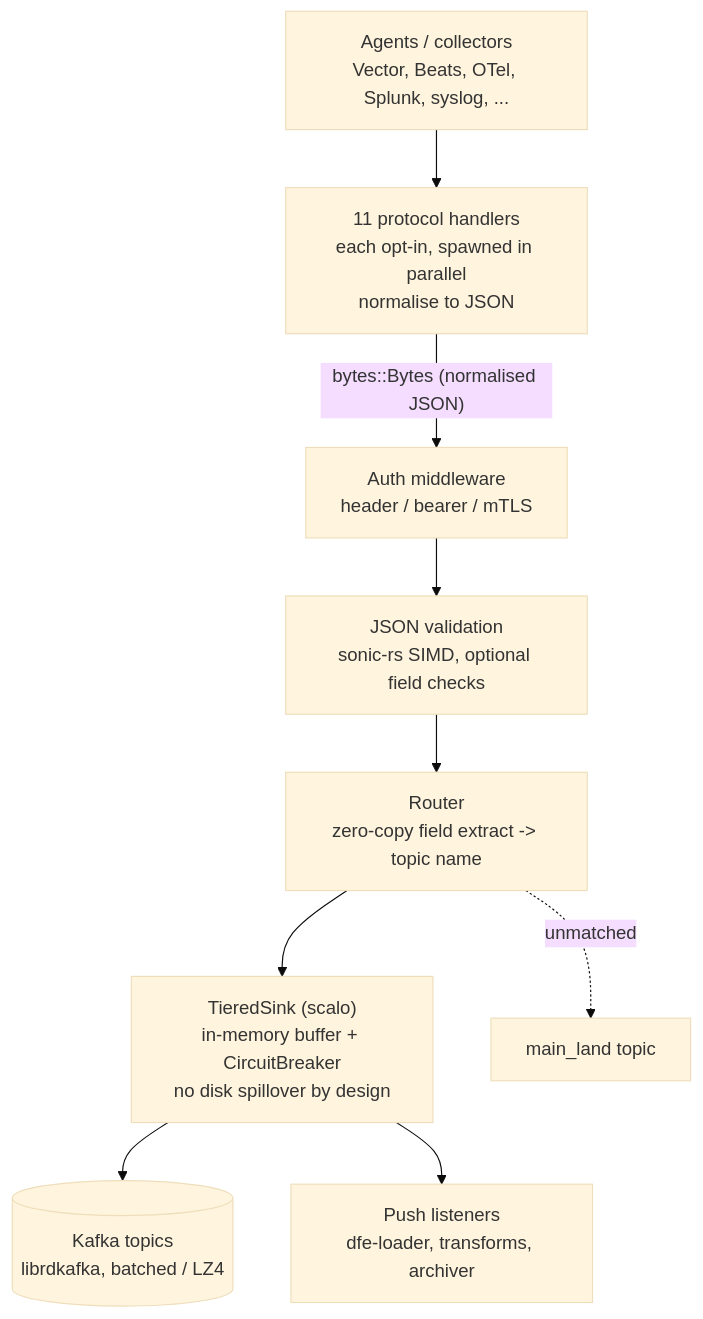
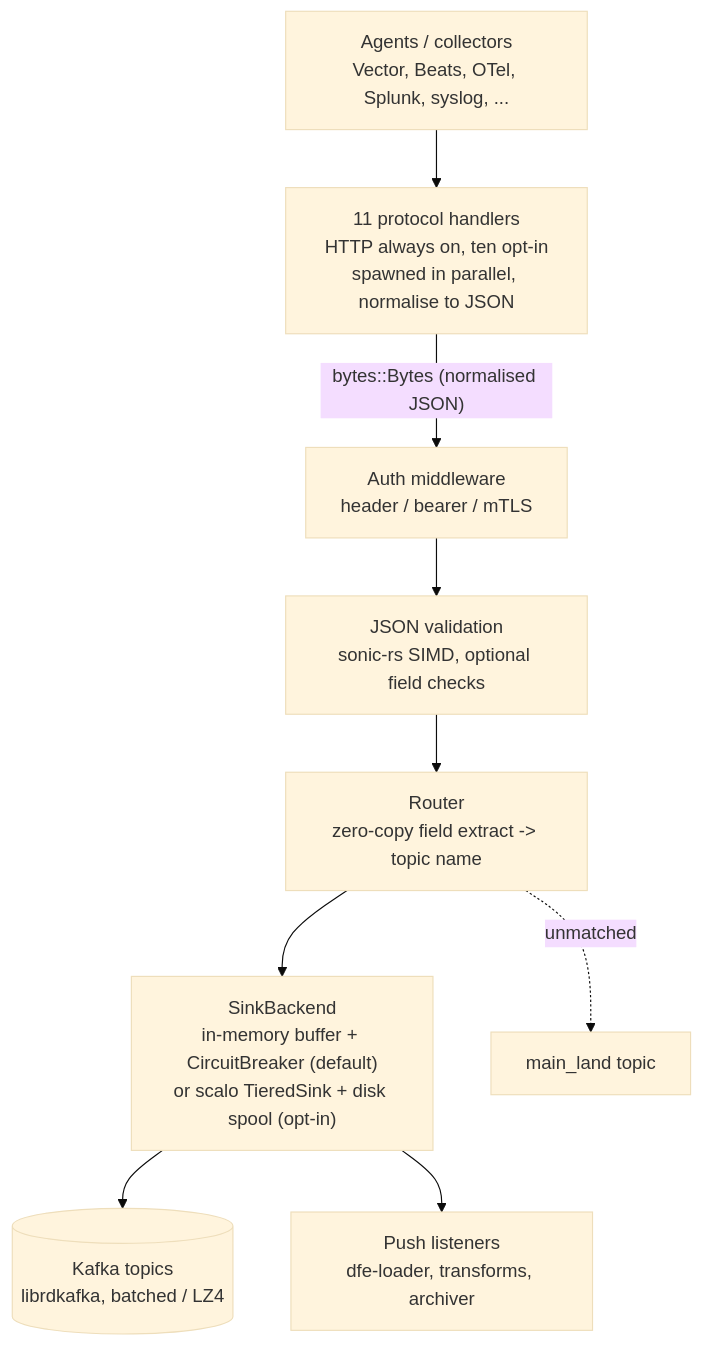
One commit to hyperi-io/dfe-receiver changed the diagram in README.md. Above: the diagram before and after it, drawn with Mermaid (base theme). The commit also changed other lines of this file and 1 other file, not shown here.

First line of the commit message:
fix(docs): add the README `## Context` section and docs/architecture.md (#133)

````diff
--- a/README.md
+++ b/README.md
@@ -294,12 +295,12 @@
 ```mermaid
 flowchart TB
     SRC["Agents / collectors<br/>Vector, Beats, OTel, Splunk, syslog, ..."]
-    SRC --> H["11 protocol handlers<br/>each opt-in, spawned in parallel<br/>normalise to JSON"]
+    SRC --> H["11 protocol handlers<br/>HTTP always on, ten opt-in<br/>spawned in parallel, normalise to JSON"]
     H -->|"bytes::Bytes (normalised JSON)"| AUTH["Auth middleware<br/>header / bearer / mTLS"]
     AUTH --> VAL["JSON validation<br/>sonic-rs SIMD, optional field checks"]
     VAL --> RT["Router<br/>zero-copy field extract -> topic name"]
-    RT --> TS["TieredSink (scalo)<br/>in-memory buffer + CircuitBreaker<br/>no disk spillover by design"]
+    RT --> TS["SinkBackend<br/>in-memory buffer + CircuitBreaker (default)<br/>or scalo TieredSink + disk spool (opt-in)"]
     TS --> KAFKA[("Kafka topics<br/>librdkafka, batched / LZ4")]
     TS --> GRPC["Push listeners<br/>dfe-loader, transforms, archiver"]
     RT -. unmatched .-> DEF["main_land topic"]
 ```
````
